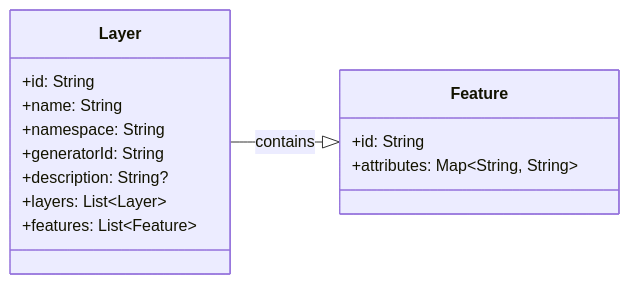
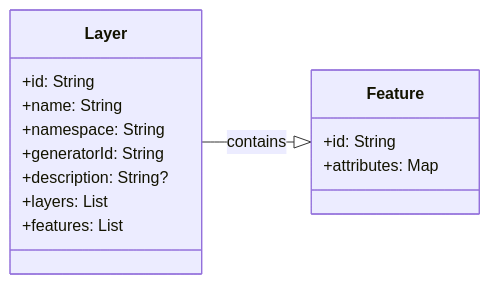
Before and after one commit to kotlitecture/kotli-engine: the second of 7 diagrams in README.md, drawn with Mermaid.

Commit message:
fix (*) mermaid github support

````diff
--- a/README.md
+++ b/README.md
@@ -43,20 +43,20 @@
  ```mermaid
  classDiagram
    direction LR
    class Layer {
       +id: String
       +name: String
       +namespace: String
       +generatorId: String
       +description: String?
-      +layers: List~Layer~
-      +features: List~Feature~
+      +layers: List<Layer>
+      +features: List<Feature>
    }
 
    class Feature {
       +id: String
-      +attributes: Map~String, String~
+      +attributes: Map<String, String>
    }
 
    Layer --|> Feature : contains
  ```
````
